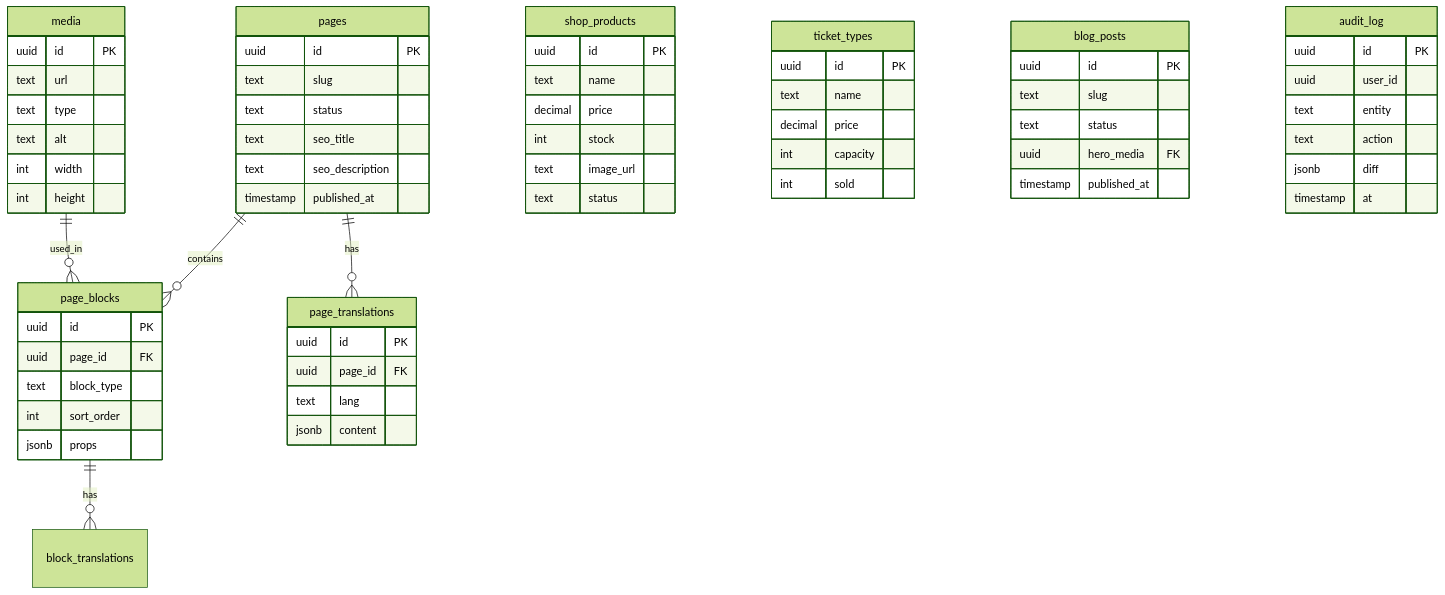
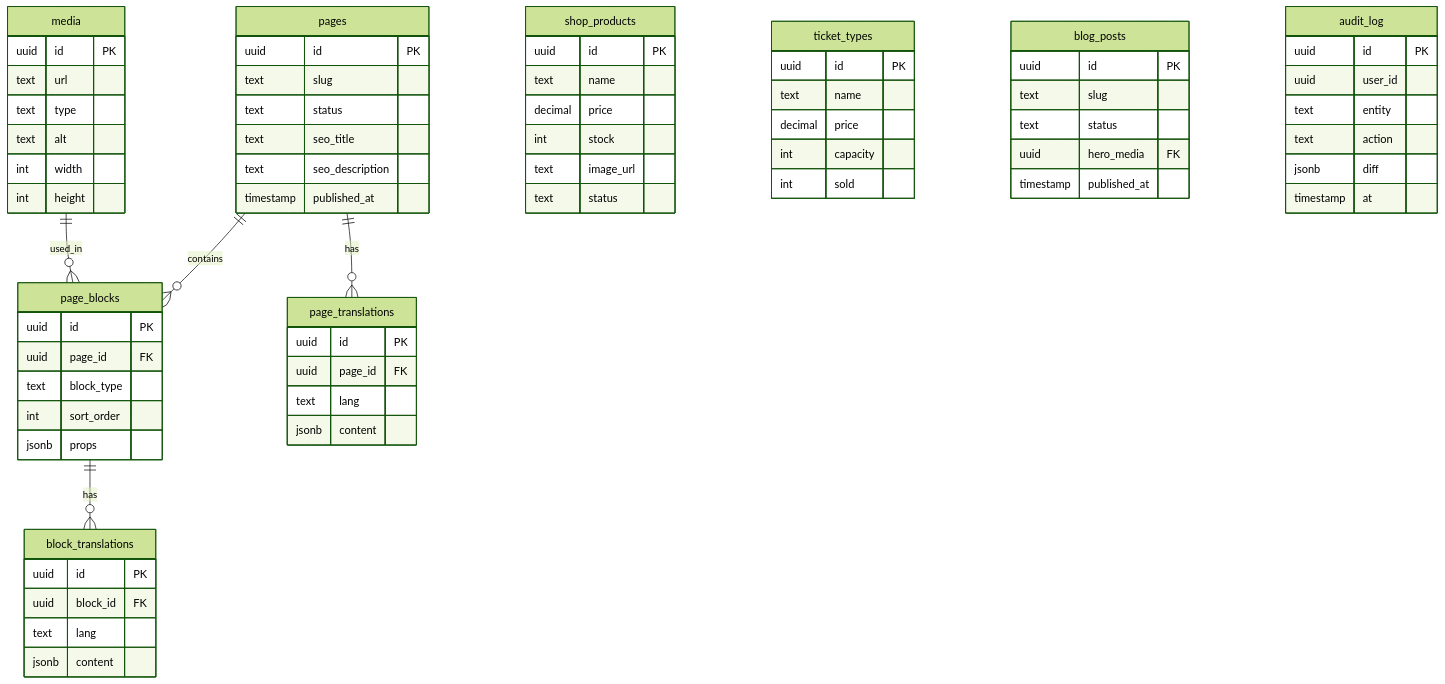
Before and after one commit to Tony33344/slo_exo: the sixth of 8 diagrams in PROJECT_MINDMAP.md, drawn with Mermaid (forest theme).

Commit message:
docs: fix Mermaid erDiagram syntax - add missing block_translations entity

````diff
--- a/PROJECT_MINDMAP.md
+++ b/PROJECT_MINDMAP.md
@@ -255,66 +255,72 @@
 ```mermaid
 erDiagram
   pages ||--o{ page_blocks : contains
   pages ||--o{ page_translations : has
   page_blocks ||--o{ block_translations : has
   media ||--o{ page_blocks : used_in
   pages {
     uuid id PK
     text slug
     text status
     text seo_title
     text seo_description
     timestamp published_at
   }
   page_blocks {
     uuid id PK
     uuid page_id FK
     text block_type
     int sort_order
     jsonb props
   }
   page_translations {
     uuid id PK
     uuid page_id FK
     text lang
     jsonb content
   }
   media {
     uuid id PK
     text url
     text type
     text alt
     int width
     int height
   }
   shop_products {
     uuid id PK
     text name
     decimal price
     int stock
     text image_url
     text status
   }
   ticket_types {
     uuid id PK
     text name
     decimal price
     int capacity
     int sold
   }
+  block_translations {
+    uuid id PK
+    uuid block_id FK
+    text lang
+    jsonb content
+  }
   blog_posts {
     uuid id PK
     text slug
     text status
     uuid hero_media FK
     timestamp published_at
   }
   audit_log {
     uuid id PK
     uuid user_id
     text entity
     text action
     jsonb diff
     timestamp at
   }
 ```
````
